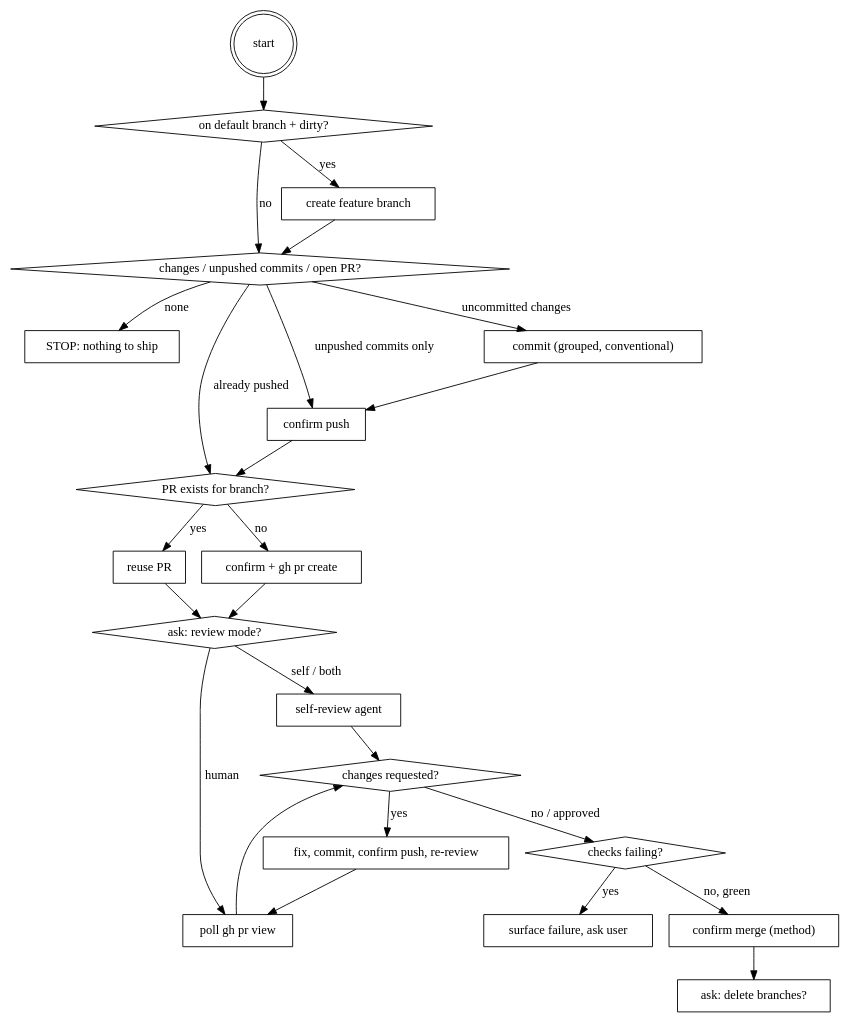
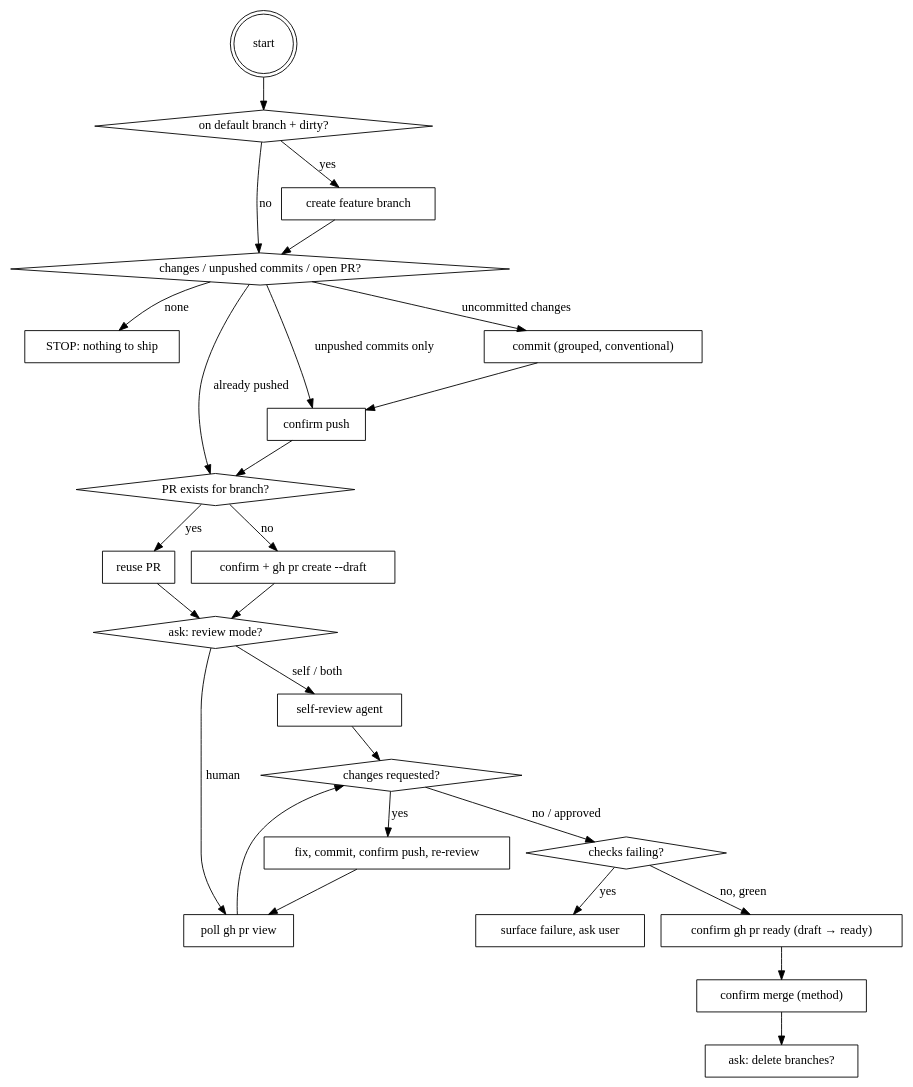
One commit to Bank848/Claude-Abo changed the diagram in global-config/skills/shipping-a-branch/SKILL.md. Above: the diagram before and after it, drawn with Graphviz. The commit also changed other lines of this file and 34 other files, not shown here.

````diff
--- a/global-config/skills/shipping-a-branch/SKILL.md
+++ b/global-config/skills/shipping-a-branch/SKILL.md
@@ -23,48 +36,50 @@
 ```dot
 digraph shipping {
     start [shape=doublecircle];
     "on default branch + dirty?" [shape=diamond];
     "create feature branch" [shape=box];
     "changes / unpushed commits / open PR?" [shape=diamond];
     "STOP: nothing to ship" [shape=box];
     "commit (grouped, conventional)" [shape=box];
     "confirm push" [shape=box];
     "PR exists for branch?" [shape=diamond];
     "reuse PR" [shape=box];
-    "confirm + gh pr create" [shape=box];
+    "confirm + gh pr create --draft" [shape=box];
     "ask: review mode?" [shape=diamond];
     "self-review agent" [shape=box];
     "poll gh pr view" [shape=box];
     "changes requested?" [shape=diamond];
     "fix, commit, confirm push, re-review" [shape=box];
     "checks failing?" [shape=diamond];
     "surface failure, ask user" [shape=box];
+    "confirm gh pr ready (draft → ready)" [shape=box];
     "confirm merge (method)" [shape=box];
     "ask: delete branches?" [shape=box];
 
     start -> "on default branch + dirty?";
     "on default branch + dirty?" -> "create feature branch" [label="yes"];
     "on default branch + dirty?" -> "changes / unpushed commits / open PR?" [label="no"];
     "create feature branch" -> "changes / unpushed commits / open PR?";
     "changes / unpushed commits / open PR?" -> "STOP: nothing to ship" [label="none"];
     "changes / unpushed commits / open PR?" -> "commit (grouped, conventional)" [label="uncommitted changes"];
     "commit (grouped, conventional)" -> "confirm push";
     "changes / unpushed commits / open PR?" -> "confirm push" [label="unpushed commits only"];
     "confirm push" -> "PR exists for branch?";
     "changes / unpushed commits / open PR?" -> "PR exists for branch?" [label="already pushed"];
     "PR exists for branch?" -> "reuse PR" [label="yes"];
-    "PR exists for branch?" -> "confirm + gh pr create" [label="no"];
+    "PR exists for branch?" -> "confirm + gh pr create --draft" [label="no"];
     "reuse PR" -> "ask: review mode?";
-    "confirm + gh pr create" -> "ask: review mode?";
+    "confirm + gh pr create --draft" -> "ask: review mode?";
     "ask: review mode?" -> "self-review agent" [label="self / both"];
     "ask: review mode?" -> "poll gh pr view" [label="human"];
     "self-review agent" -> "changes requested?";
     "poll gh pr view" -> "changes requested?";
     "changes requested?" -> "fix, commit, confirm push, re-review" [label="yes"];
     "fix, commit, confirm push, re-review" -> "poll gh pr view";
     "changes requested?" -> "checks failing?" [label="no / approved"];
     "checks failing?" -> "surface failure, ask user" [label="yes"];
-    "checks failing?" -> "confirm merge (method)" [label="no, green"];
+    "checks failing?" -> "confirm gh pr ready (draft → ready)" [label="no, green"];
+    "confirm gh pr ready (draft → ready)" -> "confirm merge (method)";
     "confirm merge (method)" -> "ask: delete branches?";
 }
 ```
````
